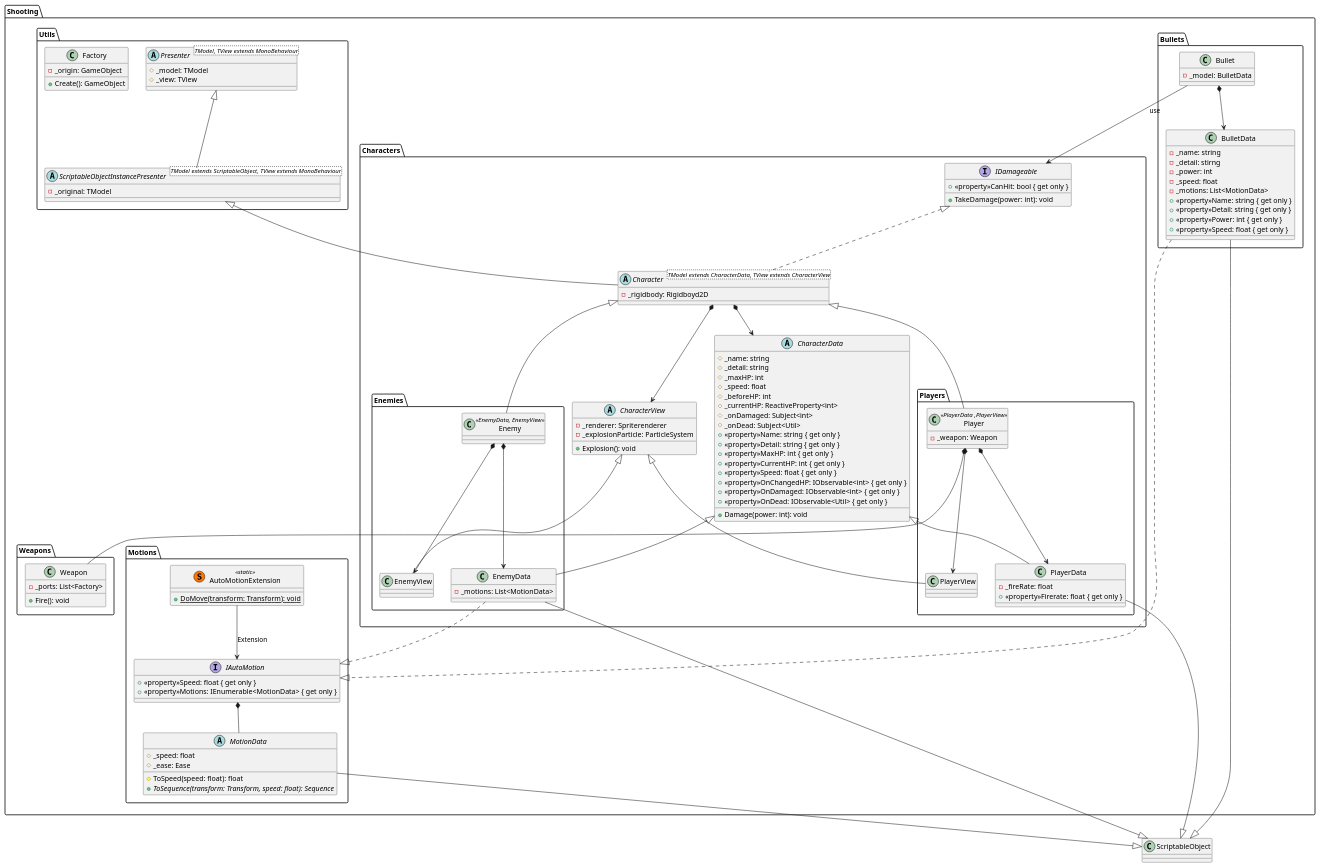
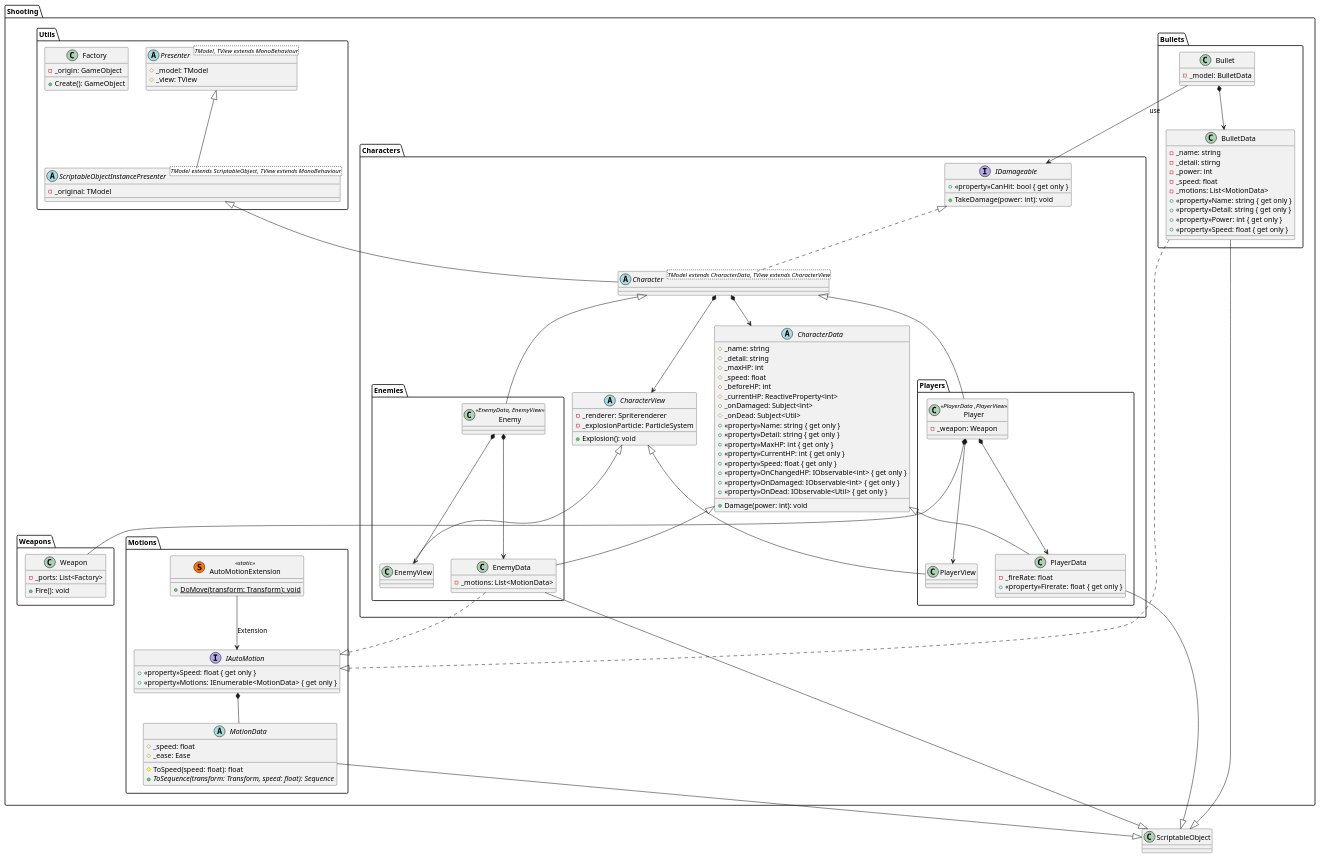
Before and after one commit to nmskm240/MagicalShooter: the diagram in Assets/UML/ClassDiaglam.pu, drawn with PlantUML. The commit also changed 1 other file, not shown here.

```diff
--- a/Assets/UML/ClassDiaglam.pu
+++ b/Assets/UML/ClassDiaglam.pu
@@ -1,161 +1,158 @@
 @startuml Shooting
 
 package Shooting
 {
     package Bullets
     {
         class Bullet
         {
             -_model: BulletData
         }
         class BulletData
         {
             -_name: string
             -_detail: stirng
             -_power: int
             -_speed: float
             -_motions: List<MotionData>
             +<<property>>Name: string { get only }
             +<<property>>Detail: string { get only }
             +<<property>>Power: int { get only }
             +<<property>>Speed: float { get only }
         }
     }
     package Characters
     {
         package Enemies
         {
             class Enemy<<EnemyData, EnemyView>>
             class EnemyData
             {
                 -_motions: List<MotionData>
             }
             class EnemyView
         }
         package Players
         {
             class Player<<PlayerData ,PlayerView>>
             {
                 -_weapon: Weapon
             }
             class PlayerData
             {
                 -_fireRate: float
                 +<<property>>Firerate: float { get only }
             }
             class PlayerView
         }
         abstract Character<TModel extends CharacterData, TView extends CharacterView>
-        {
-            -_rigidbody: Rigidboyd2D
-        }
         abstract CharacterData
         {
             #_name: string
             #_detail: string
             #_maxHP: int
             #_speed: float
             #_beforeHP: int
             #_currentHP: ReactiveProperty<int>
             #_onDamaged: Subject<int>
             #_onDead: Subject<Util>
             +<<property>>Name: string { get only }
             +<<property>>Detail: string { get only }
             +<<property>>MaxHP: int { get only }
             +<<property>>CurrentHP: int { get only }
             +<<property>>Speed: float { get only }
             +<<property>>OnChangedHP: IObservable<int> { get only }
             +<<property>>OnDamaged: IObservable<int> { get only }
             +<<property>>OnDead: IObservable<Util> { get only }
             +Damage(power: int): void
         }
         abstract CharacterView
         {
             -_renderer: Spriterenderer
             -_explosionParticle: ParticleSystem
             +Explosion(): void
         }
         interface IDamageable
         {
             +<<property>>CanHit: bool { get only }
             +TakeDamage(power: int): void
         }
     }
     package Motions
     {
         class AutoMotionExtension<<(S,#FF7700) static>>
         {
             +{static}DoMove(transform: Transform): void
         }
         abstract MotionData
         {
             #_speed: float
             #_ease: Ease
             #ToSpeed(speed: float): float
             +{abstract}ToSequence(transform: Transform, speed: float): Sequence
         }
         interface IAutoMotion
         {
             +<<property>>Speed: float { get only }
             +<<property>>Motions: IEnumerable<MotionData> { get only }
         }
     }
     package Utils
     {
         class Factory
         {
             -_origin: GameObject
             +Create(): GameObject
         }
         abstract Presenter<TModel, TView extends MonoBehaviour>
         {
             #_model: TModel
             #_view: TView
         }
         abstract ScriptableObjectInstancePresenter<TModel extends ScriptableObject, TView extends MonoBehaviour>
         {
             -_original: TModel
         }
     }
     package Weapons
     {
         class Weapon
         {
             -_ports: List<Factory>
             +Fire(): void
         }
     }
 }
 
 BulletData --|> ScriptableObject
 EnemyData --|> ScriptableObject
 PlayerData --|> ScriptableObject
 MotionData --|> ScriptableObject
 ScriptableObjectInstancePresenter -up-|> Presenter
 Character -up-|> ScriptableObjectInstancePresenter
 Enemy -up-|> Character
 EnemyData -up-|> CharacterData
 EnemyView -up-|> CharacterView
 Player -up-|> Character
 PlayerData -up-|> CharacterData
 PlayerView -up-|> CharacterView
 
 Character .up.|> IDamageable
 BulletData ..|> IAutoMotion
 EnemyData ..|> IAutoMotion
 
 Player *-- Weapon
 IAutoMotion *-- MotionData
 
 Bullet *--> BulletData
 Character *--> CharacterData
 Character *--> CharacterView
 Enemy *--> EnemyData
 Enemy *--> EnemyView
 Player *--> PlayerData
 Player *--> PlayerView
 
 Bullet --> IDamageable : use
 AutoMotionExtension --> IAutoMotion : Extension
 
 @enduml
```
